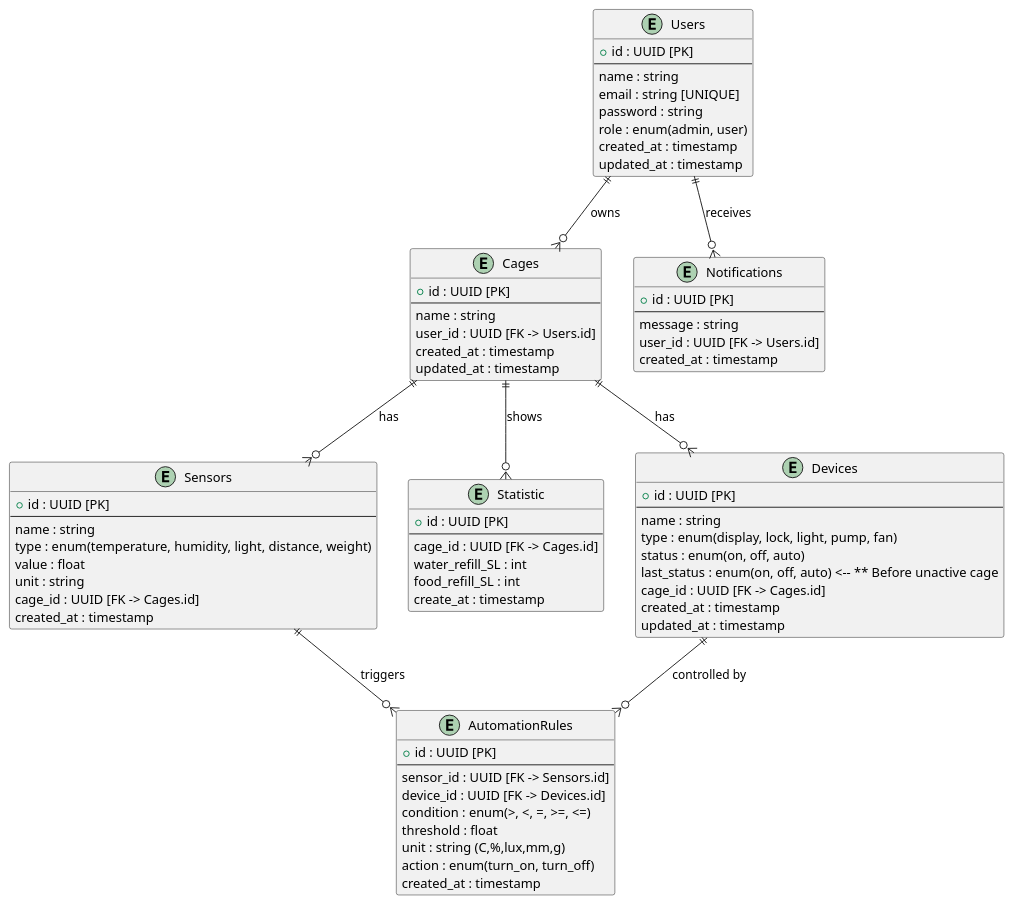
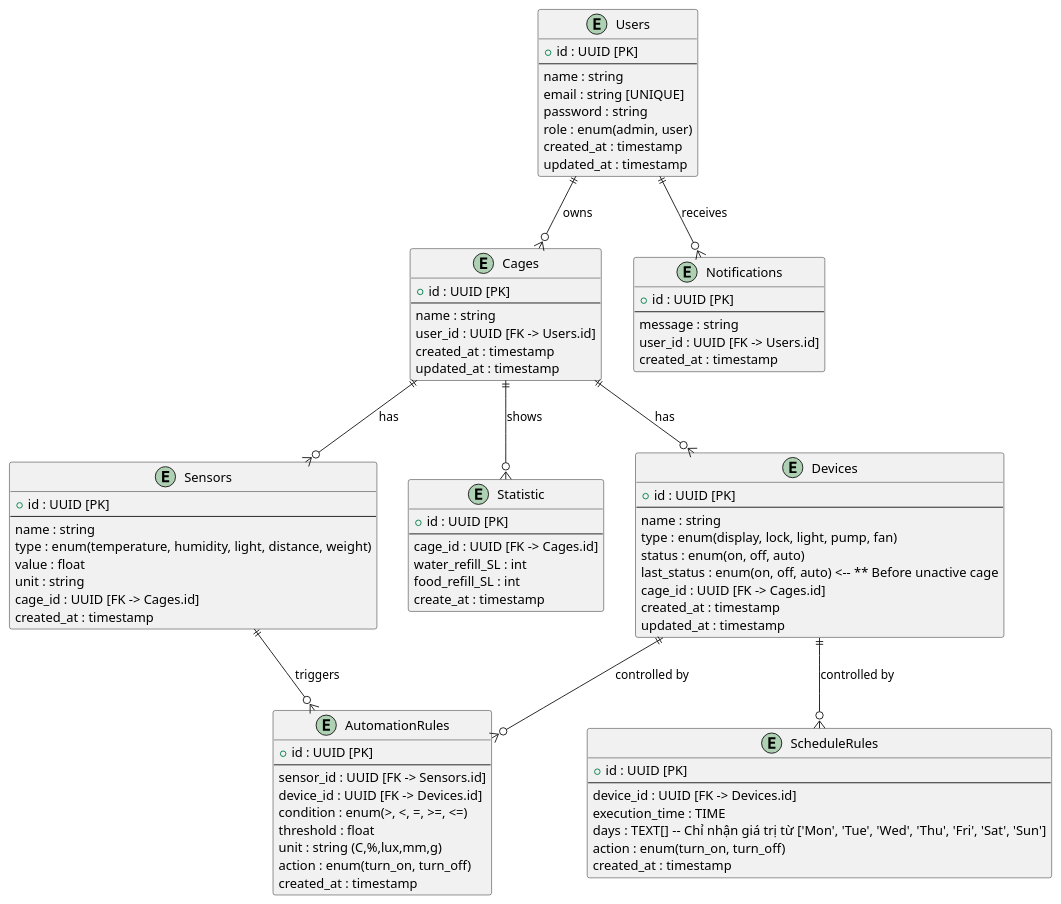
One commit to jncmtam/DADN-SE changed the diagram in hamsBE/docs/erd.puml. Above: the diagram before and after it, drawn with PlantUML.

Commit message:
Lưu thay đổi ERD trước khi merge

```diff
--- a/hamsBE/docs/erd.puml
+++ b/hamsBE/docs/erd.puml
@@ -1,81 +1,93 @@
 @startuml ERD
 entity "Users" as U {
   + id : UUID [PK]
   --
   name : string
   email : string [UNIQUE]
   password : string
   role : enum(admin, user)
   created_at : timestamp
   updated_at : timestamp
 }
 
 entity "Cages" as C {
   + id : UUID [PK]
   --
 name : string
   user_id : UUID [FK -> Users.id]
   created_at : timestamp
   updated_at : timestamp
 }
 
 entity "Sensors" as S {
   + id : UUID [PK]
   --
   name : string
   type : enum(temperature, humidity, light, distance, weight)
   value : float
   unit : string
   cage_id : UUID [FK -> Cages.id]
   created_at : timestamp
 }
 
 entity "Statistic" as ST{
   + id : UUID [PK]
   --
   cage_id : UUID [FK -> Cages.id]
   water_refill_SL : int
   food_refill_SL : int
   create_at : timestamp
 }
 
 entity "Devices" as D {
   + id : UUID [PK]
   --
   name : string
   type : enum(display, lock, light, pump, fan)
   status : enum(on, off, auto)
   last_status : enum(on, off, auto) <-- ** Before unactive cage
   cage_id : UUID [FK -> Cages.id]
   created_at : timestamp
   updated_at : timestamp
 }
 
 entity "AutomationRules" as AR {
   + id : UUID [PK]
   --
   sensor_id : UUID [FK -> Sensors.id]
   device_id : UUID [FK -> Devices.id]
   condition : enum(>, <, =, >=, <=)
   threshold : float
   unit : string (C,%,lux,mm,g)
   action : enum(turn_on, turn_off)
   created_at : timestamp
 }
 
+entity "ScheduleRules" as SR {
+  + id : UUID [PK]
+  --
+  device_id : UUID [FK -> Devices.id]
+  execution_time : TIME
+  days : TEXT[]  -- Chỉ nhận giá trị từ ['Mon', 'Tue', 'Wed', 'Thu', 'Fri', 'Sat', 'Sun']
+  action : enum(turn_on, turn_off)
+  created_at : timestamp
+}
+
+
 entity "Notifications" as N {
   + id : UUID [PK]
   --
   message : string
   user_id : UUID [FK -> Users.id]
   created_at : timestamp
 }
 
 U ||--o{ C : "owns"
 C ||--o{ S : "has"
 C ||--o{ D : "has"
 S ||--o{ AR : "triggers"
 D ||--o{ AR : "controlled by"
+D ||--o{ SR : "controlled by"
 U ||--o{ N : "receives"
 C ||--o{ ST : "shows"
 @enduml
```
